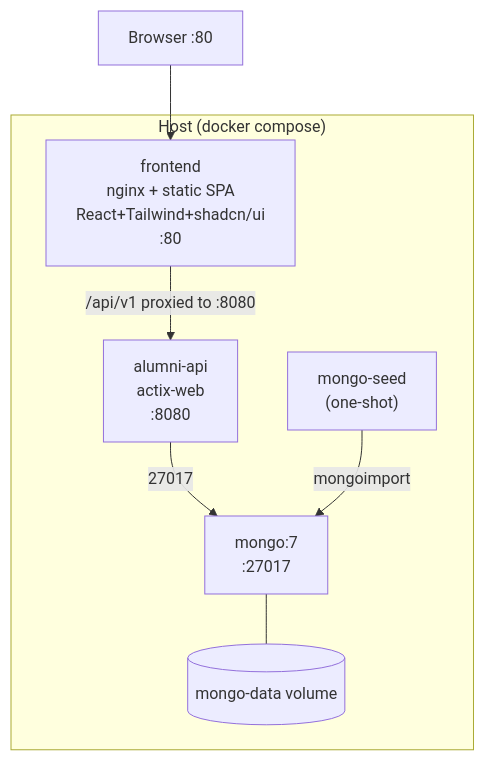
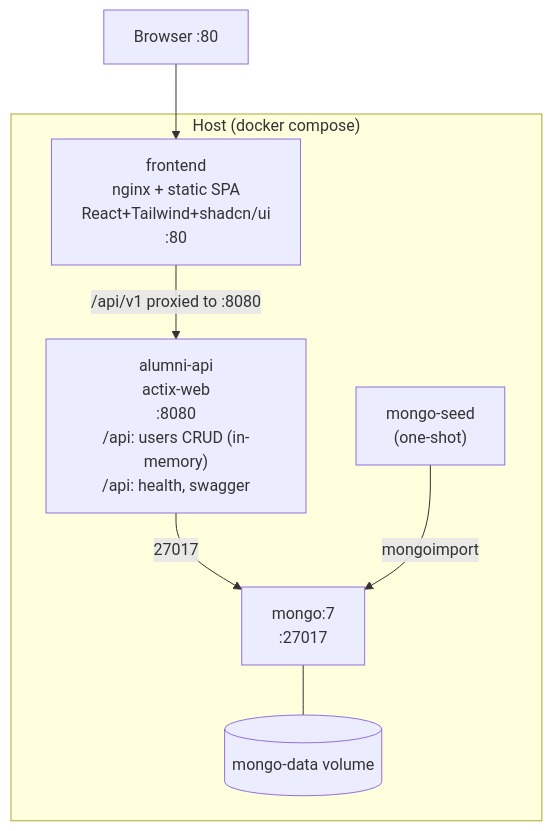
Before and after one commit to Berbadov/alumni: the diagram in docs/architecture/container.mmd, drawn with Mermaid. The commit also changed 12 other files, not shown here.

First line of the commit message:
alumni-api: /api/health, in-memory user CRUD, Swagger UI

```diff
--- a/docs/architecture/container.mmd
+++ b/docs/architecture/container.mmd
@@ -1,15 +1,15 @@
 %% Docker compose containers, ports and volumes
 flowchart TB
     subgraph Host["Host (docker compose)"]
         FE["frontend\nnginx + static SPA\nReact+Tailwind+shadcn/ui\n:80"]
-        API["alumni-api\nactix-web\n:8080"]
+        API["alumni-api\nactix-web\n:8080\n/api: users CRUD (in-memory)\n/api: health, swagger"]
         Seed["mongo-seed\n(one-shot)"]
         DB["mongo:7\n:27017"]
         Vol[("mongo-data volume")]
     end
 
     Browser["Browser :80"] --> FE
     FE -->|"/api/v1 proxied to :8080"| API
     API -->|27017| DB
     Seed -->|mongoimport| DB
     DB --- Vol
```
